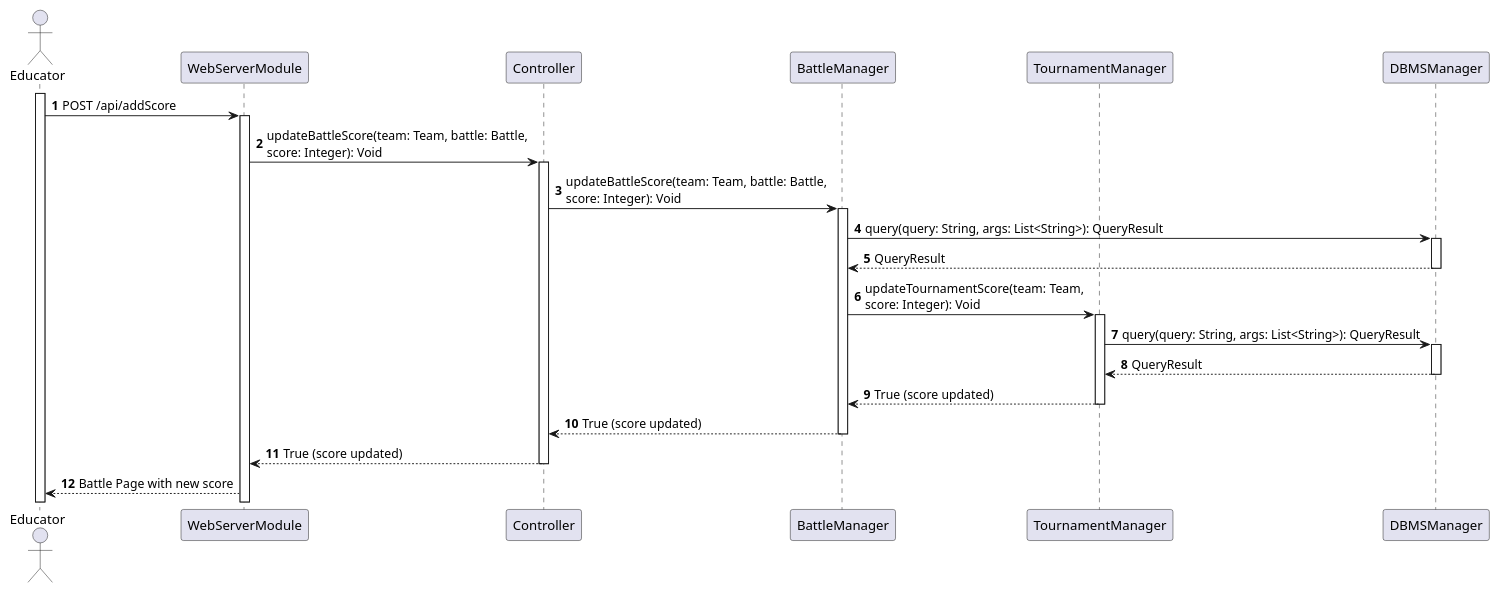
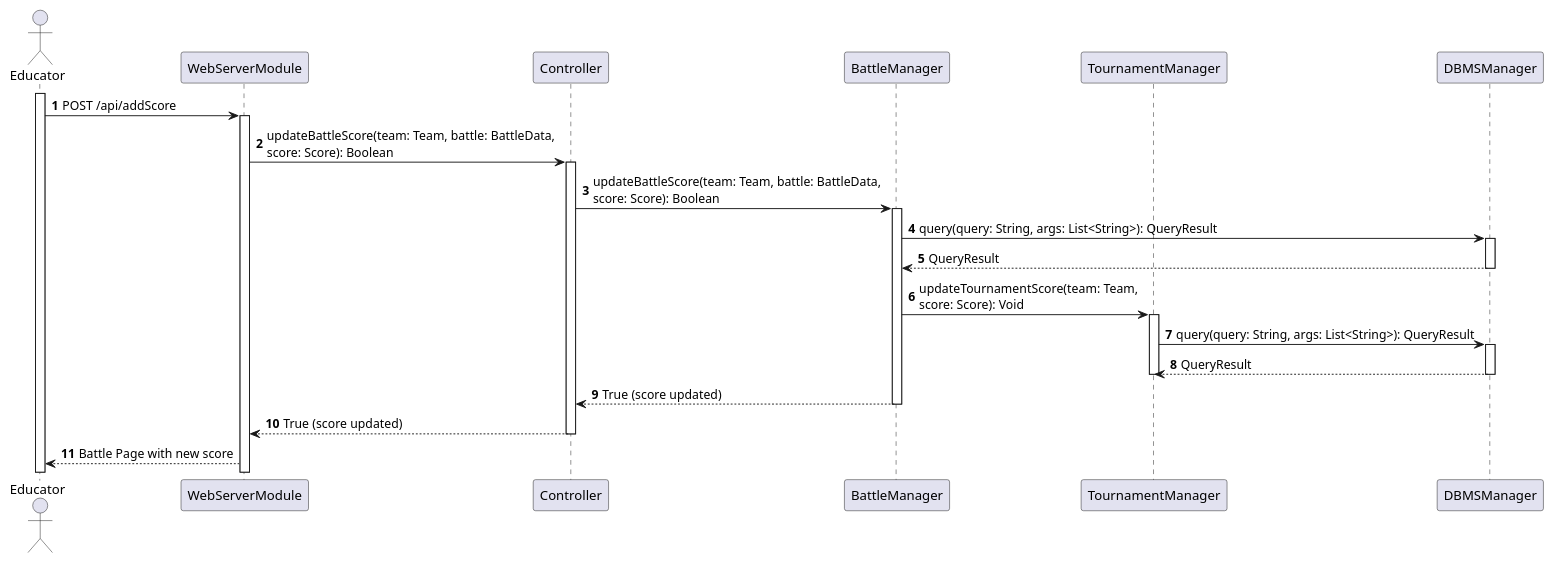
Before and after one commit to Angelo7672/SE2_Requirement-and-Design-Document: the diagram in _DD/Images/sequenceDiagrams/updateTournamentScoreEducator.wsd, drawn with PlantUML. The commit also changed 8 other files, not shown here.

```diff
--- a/_DD/Images/sequenceDiagrams/updateTournamentScoreEducator.wsd
+++ b/_DD/Images/sequenceDiagrams/updateTournamentScoreEducator.wsd
@@ -1,37 +1,36 @@
 @startuml
 
 autonumber
 
 actor Educator as U
 participant WebServerModule as WS
 participant Controller as C
 participant BattleManager as BM
 participant TournamentManager as TM
 participant DBMSManager as DBMS
 
 activate U
 U->WS: POST /api/addScore
 activate WS
-WS->C: updateBattleScore(team: Team, battle: Battle,\nscore: Integer): Void
+WS->C: updateBattleScore(team: Team, battle: BattleData,\nscore: Score): Boolean
 activate C
-C->BM: updateBattleScore(team: Team, battle: Battle,\nscore: Integer): Void
+C->BM: updateBattleScore(team: Team, battle: BattleData,\nscore: Score): Boolean
 activate BM
 BM->DBMS: query(query: String, args: List<String>): QueryResult
 activate DBMS
 DBMS-->BM: QueryResult
 deactivate DBMS
-BM->TM: updateTournamentScore(team: Team,\nscore: Integer): Void
+BM->TM: updateTournamentScore(team: Team,\nscore: Score): Void
 activate TM
 TM->DBMS: query(query: String, args: List<String>): QueryResult
 activate DBMS
 DBMS-->TM: QueryResult
 deactivate DBMS
-TM-->BM: True (score updated)
 deactivate TM
 BM-->C: True (score updated)
 deactivate BM
 C-->WS: True (score updated)
 deactivate C
 WS-->U: Battle Page with new score
 
 @enduml
```
